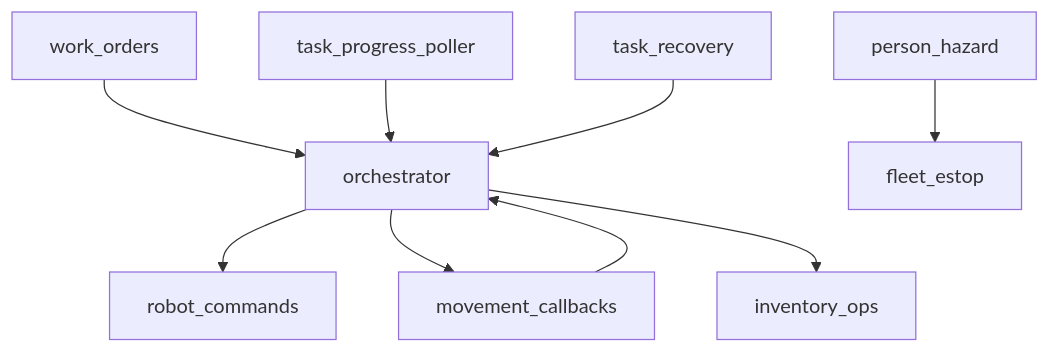
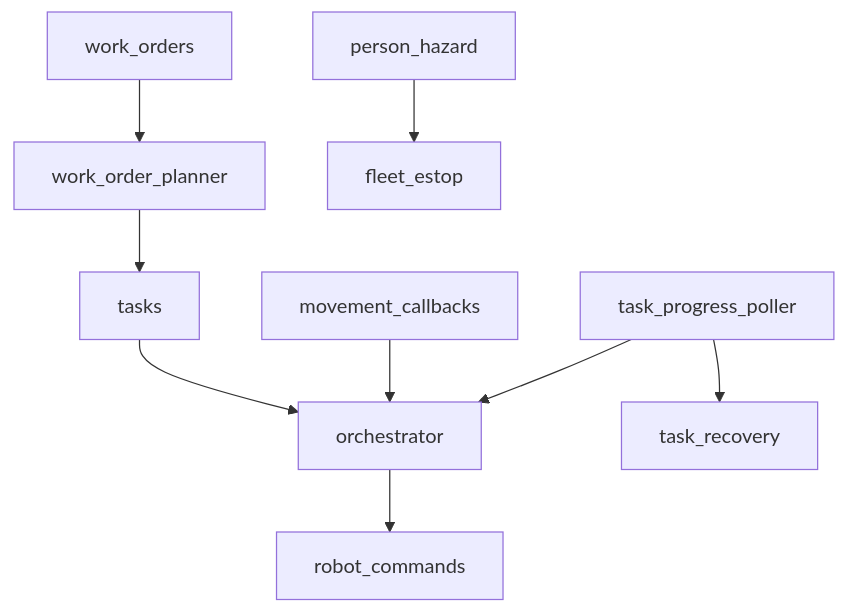
The third of 3 diagrams in main-server/docs/architecture/BACKEND.md (eduwing-robotics/ros2-ai-amr-repo3), drawn with Mermaid before and after one commit. The commit also changed other lines of this file and 74 other files, not shown here.

````diff
--- a/main-server/docs/architecture/BACKEND.md
+++ b/main-server/docs/architecture/BACKEND.md
@@ -45,11 +52,11 @@
 ```mermaid
 flowchart TD
-  WO[work_orders] --> Orch[orchestrator]
-  Orch --> RC[robot_commands]
-  Orch --> CB[movement_callbacks]
-  CB --> Orch
-  SW[task_progress_poller] --> Orch
-  Orch --> Inv[inventory_ops]
-  PH[person_hazard] --> Estop[fleet_estop]
-  TR[task_recovery] --> Orch
+  WO[work_orders] --> Planner[work_order_planner]
+  Planner --> Tasks[tasks]
+  Tasks --> Orch[orchestrator]
+  Orch --> Commands[robot_commands]
+  Movement[movement_callbacks] --> Orch
+  Poller[task_progress_poller] --> Orch
+  Poller --> Recovery[task_recovery]
+  Hazard[person_hazard] --> Estop[fleet_estop]
 ```
````
